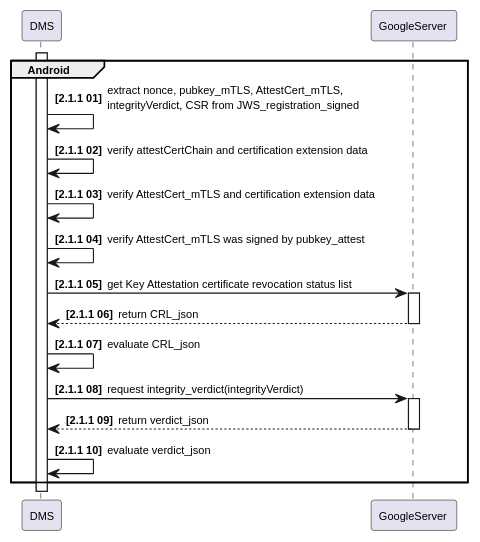
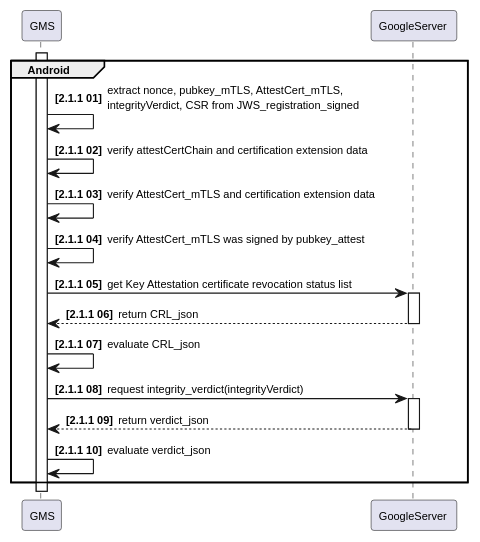
Before and after one commit to gematik/poc-dsr-documentation: the second of 4 diagrams in content/en/docs/rfcs/dsr-rfc-01/_index.md, drawn with PlantUML. The commit also changed other lines of this file and 15 other files, not shown here.

Commit message:
resolved GMS - DMS ambiguity

````diff
--- a/content/en/docs/rfcs/dsr-rfc-01/_index.md
+++ b/content/en/docs/rfcs/dsr-rfc-01/_index.md
@@ -55,28 +55,28 @@
 ```plantuml
 @startuml
 autonumber "<b>['2.1.1' 00]"
 skinparam defaultFontSize 10
 skinparam DefaultMonospacedFontName Courier
 skinparam lengthAdjust none
 
-activate DMS
+activate GMS
 participant GoogleServer
 
 
 group Android
-DMS -> DMS: extract nonce, pubkey_mTLS, AttestCert_mTLS,\nintegrityVerdict, CSR from JWS_registration_signed
-DMS -> DMS: verify attestCertChain and certification extension data
-DMS -> DMS: verify AttestCert_mTLS and certification extension data
-DMS -> DMS: verify AttestCert_mTLS was signed by pubkey_attest
-DMS -> GoogleServer ++: get Key Attestation certificate revocation status list
+GMS -> GMS: extract nonce, pubkey_mTLS, AttestCert_mTLS,\nintegrityVerdict, CSR from JWS_registration_signed
+GMS -> GMS: verify attestCertChain and certification extension data
+GMS -> GMS: verify AttestCert_mTLS and certification extension data
+GMS -> GMS: verify AttestCert_mTLS was signed by pubkey_attest
+GMS -> GoogleServer ++: get Key Attestation certificate revocation status list
 
 return return CRL_json
-DMS -> DMS: evaluate CRL_json
-DMS -> GoogleServer ++: request integrity_verdict(integrityVerdict)
+GMS -> GMS: evaluate CRL_json
+GMS -> GoogleServer ++: request integrity_verdict(integrityVerdict)
 return return verdict_json
-DMS -> DMS: evaluate verdict_json
+GMS -> GMS: evaluate verdict_json
 
 end
 
 @enduml
 ```
````
